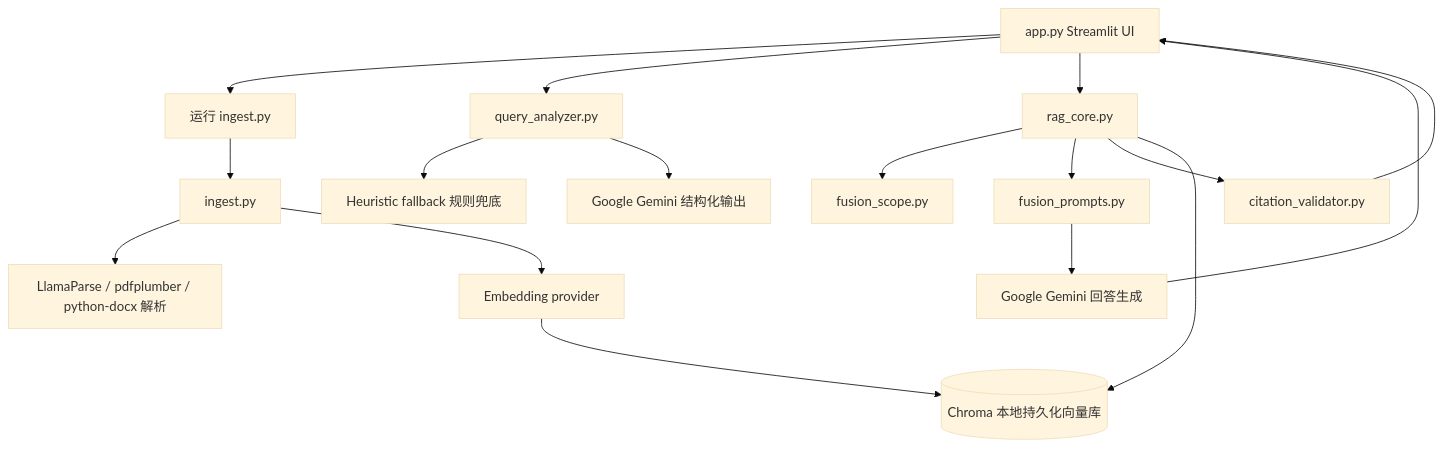
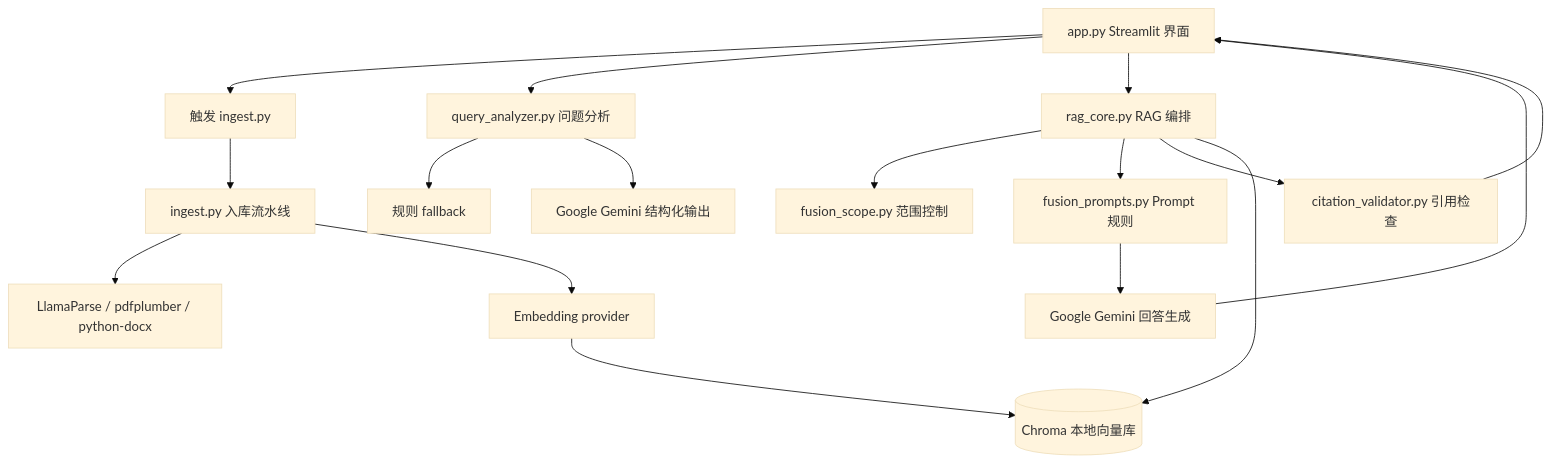
Before and after one commit to xli561980-ship-it/RMN_Agent: the first of 2 diagrams in docs/architecture.md, drawn with Mermaid (base theme). The commit also changed other lines of this file and 3 other files, not shown here.

````diff
--- a/docs/architecture.md
+++ b/docs/architecture.md
@@ -7,19 +9,19 @@
 ```mermaid
 flowchart TD
-    App[app.py Streamlit UI] --> IngestButton[运行 ingest.py]
-    App --> Analyzer[query_analyzer.py]
-    App --> Core[rag_core.py]
-    Analyzer --> Heuristic[Heuristic fallback 规则兜底]
+    App[app.py Streamlit 界面] --> IngestButton[触发 ingest.py]
+    App --> Analyzer[query_analyzer.py 问题分析]
+    App --> Core[rag_core.py RAG 编排]
+    Analyzer --> Fallback[规则 fallback]
     Analyzer --> AnalyzerLLM[Google Gemini 结构化输出]
-    Core --> Scope[fusion_scope.py]
-    Core --> Prompts[fusion_prompts.py]
-    Core --> Validator[citation_validator.py]
-    Core --> Chroma[(Chroma 本地持久化向量库)]
-    IngestButton --> Ingest[ingest.py]
-    Ingest --> Parsers[LlamaParse / pdfplumber / python-docx 解析]
+    Core --> Scope[fusion_scope.py 范围控制]
+    Core --> Prompts[fusion_prompts.py Prompt 规则]
+    Core --> Validator[citation_validator.py 引用检查]
+    Core --> Chroma[(Chroma 本地向量库)]
+    IngestButton --> Ingest[ingest.py 入库流水线]
+    Ingest --> Parsers[LlamaParse / pdfplumber / python-docx]
     Ingest --> Embeddings[Embedding provider]
     Embeddings --> Chroma
     Prompts --> GenerationLLM[Google Gemini 回答生成]
     GenerationLLM --> App
     Validator --> App
 ```
````
